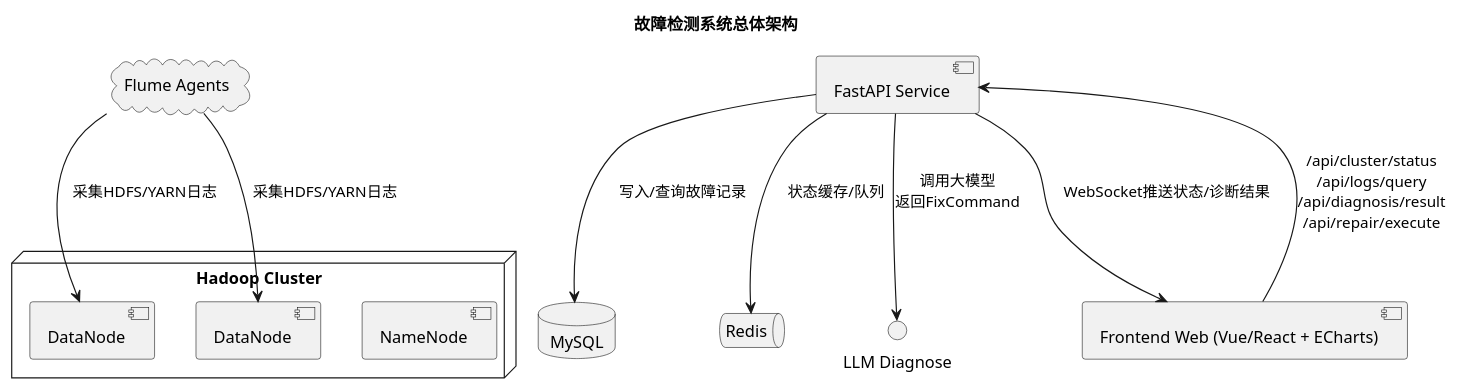
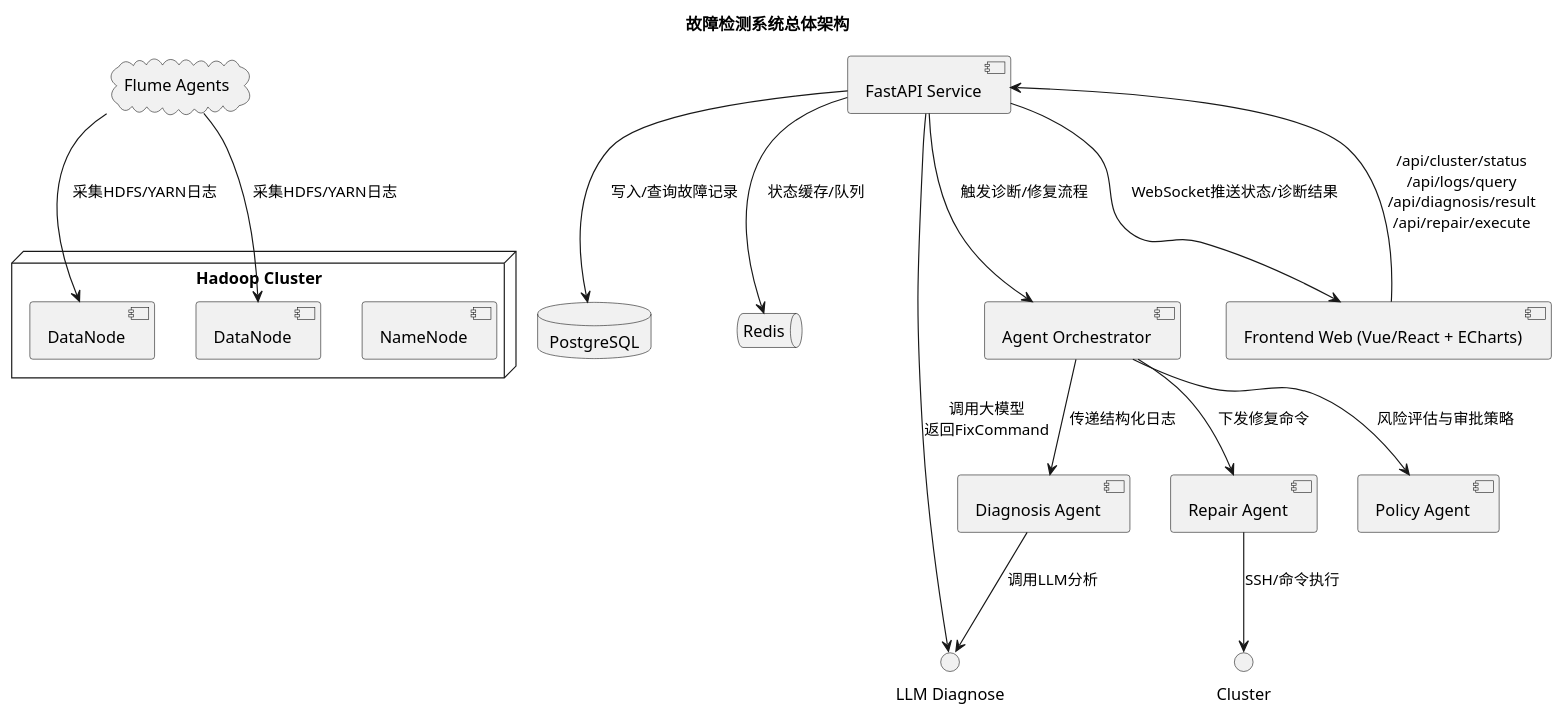
The diagram in doc/project/diagrams/架构图.puml (Xingyuanx/ErrorDetecting), drawn with PlantUML before and after one commit. The commit also changed 5 other files, not shown here.

```diff
--- a/doc/project/diagrams/架构图.puml
+++ b/doc/project/diagrams/架构图.puml
@@ -1,25 +1,36 @@
 @startuml
 title 故障检测系统总体架构
 
 node "Hadoop Cluster" {
   [NameNode]
   [DataNode] as DN1
   [DataNode] as DN2
 }
 
 cloud "Flume Agents" as Flume
 Flume --> DN1 : 采集HDFS/YARN日志
 Flume --> DN2 : 采集HDFS/YARN日志
 
 component "FastAPI Service" as API
-database "MySQL" as DB
+database "PostgreSQL" as DB
 queue "Redis" as Cache
 API --> DB : 写入/查询故障记录
 API --> Cache : 状态缓存/队列
 API --> "LLM Diagnose" : 调用大模型\n返回FixCommand
+
+component "Agent Orchestrator" as Orchestrator
+component "Diagnosis Agent" as DA
+component "Repair Agent" as RA
+component "Policy Agent" as PA
+API --> Orchestrator : 触发诊断/修复流程
+Orchestrator --> DA : 传递结构化日志
+Orchestrator --> PA : 风险评估与审批策略
+Orchestrator --> RA : 下发修复命令
+DA --> "LLM Diagnose" : 调用LLM分析
+RA --> Cluster : SSH/命令执行
 
 component "Frontend Web (Vue/React + ECharts)" as FE
 FE --> API : /api/cluster/status\n/api/logs/query\n/api/diagnosis/result\n/api/repair/execute
 API --> FE : WebSocket推送状态/诊断结果
 
 @enduml
```
